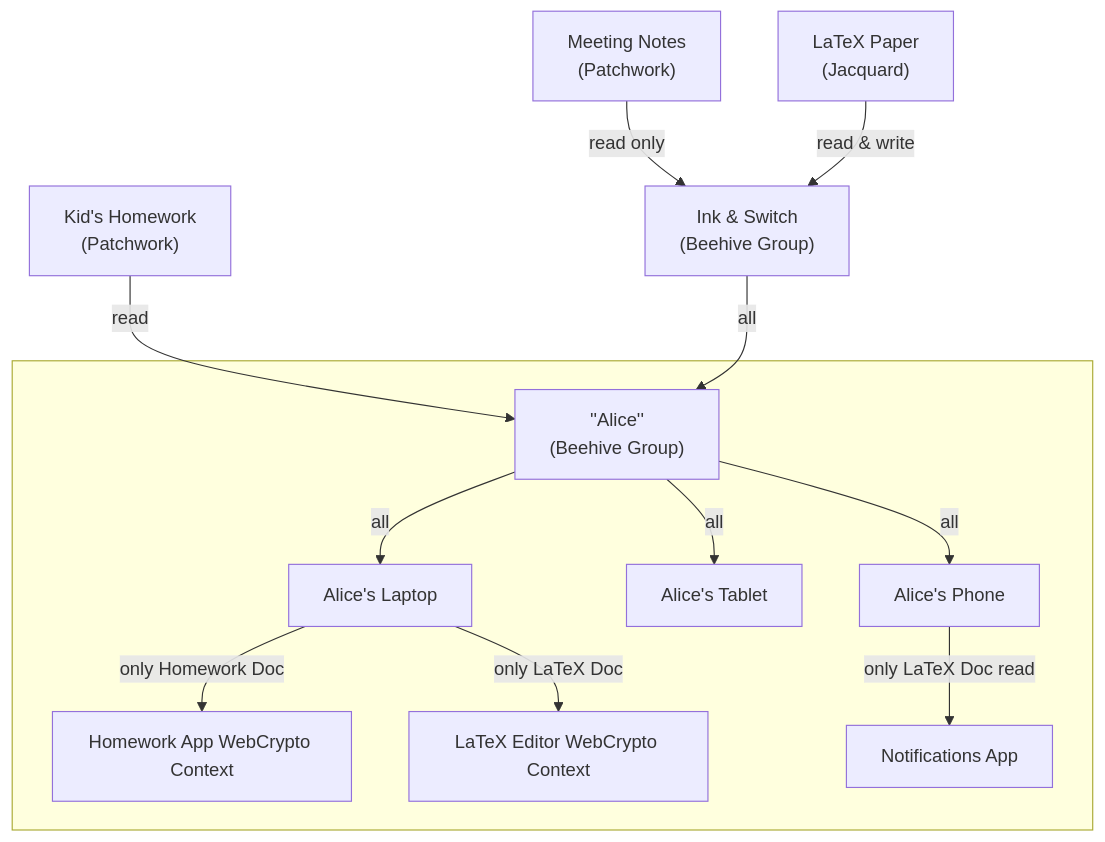
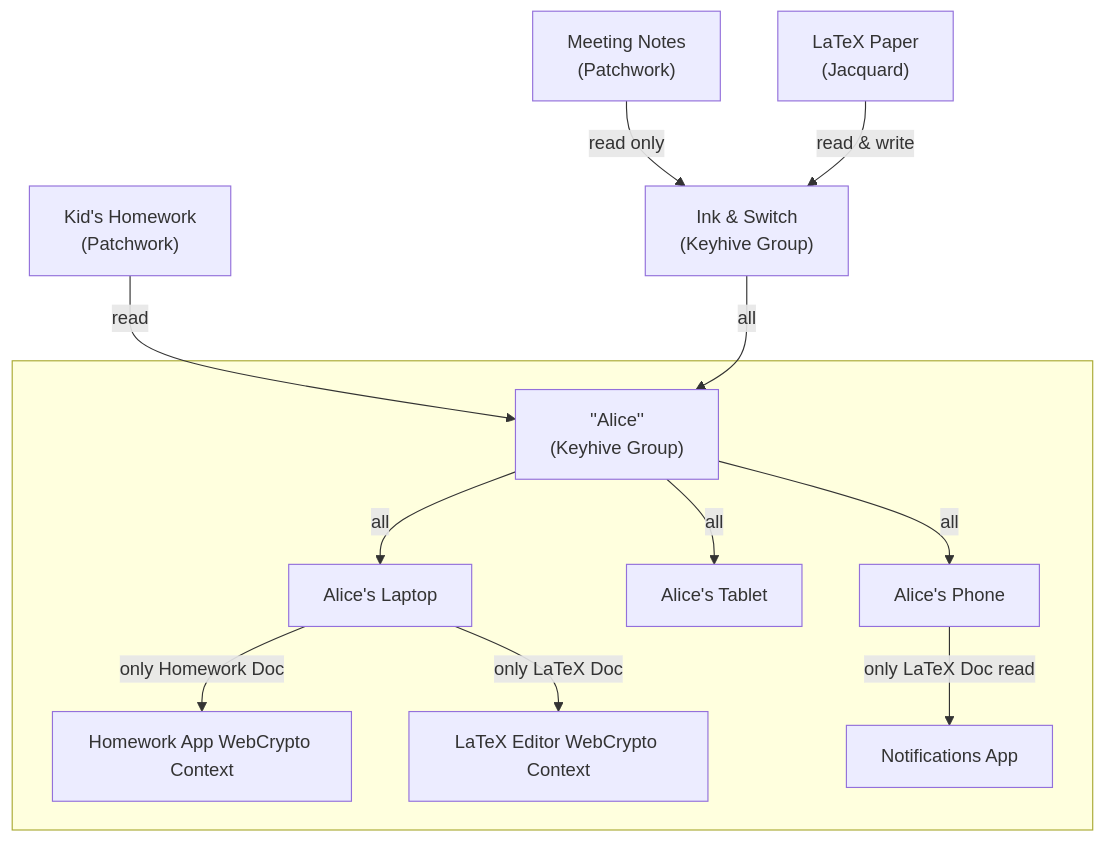
One commit to inkandswitch/keyhive changed diagram 11 of 11 in design/group_membership.md. Above: the diagram before and after it, drawn with Mermaid. The commit also changed other lines of this file and 184 other files, not shown here.

Commit message:
Beehive -> Keyhive

````diff
--- a/design/group_membership.md
+++ b/design/group_membership.md
@@ -514,26 +514,26 @@
 ```mermaid
 flowchart TB
     doc1["Meeting Notes\n(Patchwork)"] -->|read only| ias
     doc2["LaTeX Paper\n(Jacquard)"] -->|read & write| ias
     doc3["Kid's Homework\n(Patchwork)"] -->|read| alice
 
-    ias["Ink & Switch\n(Beehive Group)"] -->|all| alice
+    ias["Ink & Switch\n(Keyhive Group)"] -->|all| alice
 
     subgraph alicedomain[" "]
-        alice["''Alice''\n(Beehive Group)"]
+        alice["''Alice''\n(Keyhive Group)"]
 
         aliceLaptop[Alice's Laptop]
         aliceTablet[Alice's Tablet]
         alicePhone[Alice's Phone]
         
         alicePW[Homework App WebCrypto Context]
         aliceJQ[LaTeX Editor WebCrypto Context]
 
         aliceLaptop -->|only Homework Doc| alicePW
         aliceLaptop -->|only LaTeX Doc| aliceJQ
         
         alice -->|all| aliceTablet
         alice -->|all| aliceLaptop
         alice -->|all| alicePhone -->|only LaTeX Doc read| NotificationsApp[Notifications App]
     end
 ```
````
